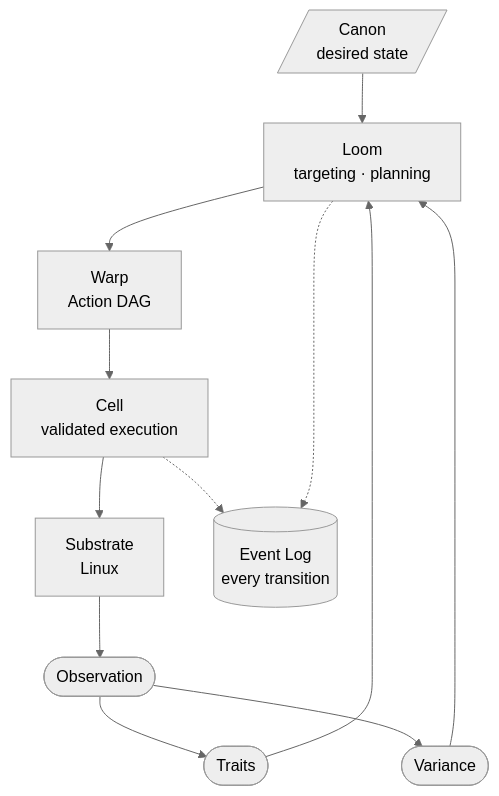
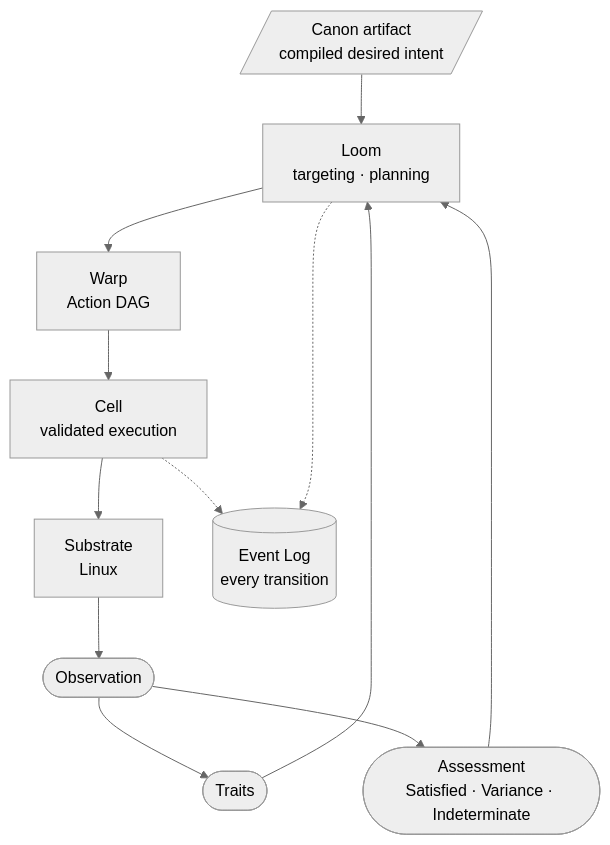
Before and after one commit to kmosoti/Nomos: the second of 5 diagrams in docs/architecture/system.md, drawn with Mermaid (neutral theme). The commit also changed other lines of this file and 17 other files, not shown here.

````diff
--- a/docs/architecture/system.md
+++ b/docs/architecture/system.md
@@ -31,15 +31,15 @@
 ```mermaid
 flowchart TB
-    Canon[/"Canon<br/>desired state"/] --> Loom
+    Canon[/"Canon artifact<br/>compiled desired intent"/] --> Loom
     Loom["Loom<br/>targeting · planning"] --> Warp["Warp<br/>Action DAG"]
     Warp --> Cell["Cell<br/>validated execution"]
     Cell --> Substrate["Substrate<br/>Linux"]
     Substrate --> Obs(["Observation"])
     Obs --> Traits(["Traits"])
-    Obs --> Var(["Variance"])
+    Obs --> As(["Assessment<br/>Satisfied · Variance · Indeterminate"])
     Traits --> Loom
-    Var --> Loom
+    As --> Loom
 
     Cell -.-> Ev[("Event Log<br/>every transition")]
     Loom -.-> Ev
 ```
````
